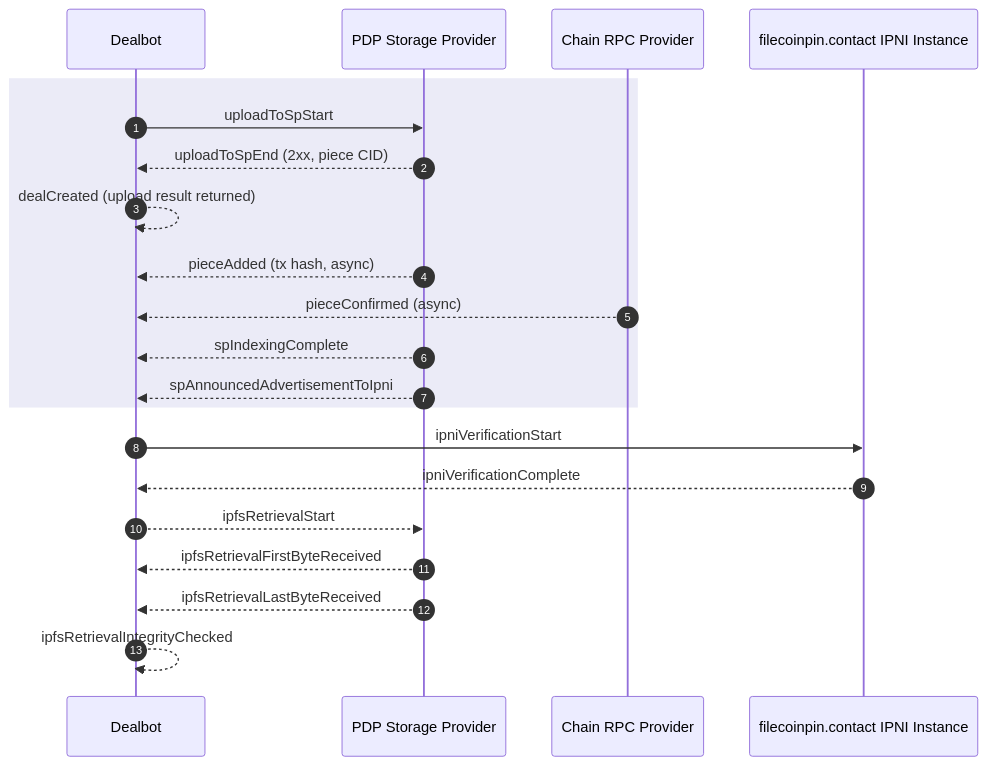
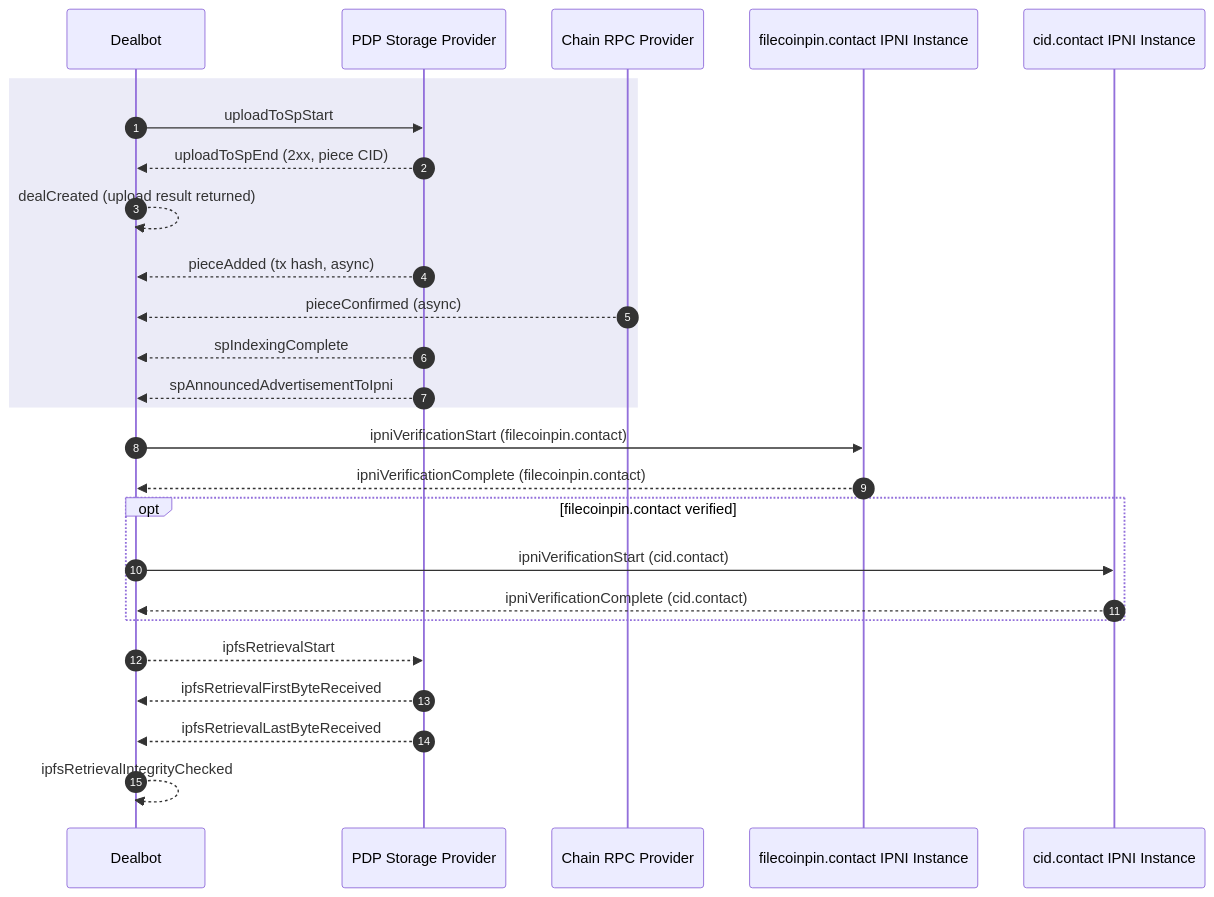
The first of 2 diagrams in docs/checks/events-and-metrics.md (FilOzone/dealbot), drawn with Mermaid before and after one commit. The commit also changed other lines of this file and 1 other file, not shown here.

Commit message:
docs: initial cid.contact ipni check design

````diff
--- a/docs/checks/events-and-metrics.md
+++ b/docs/checks/events-and-metrics.md
@@ -13,26 +13,31 @@
 ```mermaid
 sequenceDiagram
   autonumber
   participant Dealbot
   participant SP as PDP Storage Provider
   participant RPC as Chain RPC Provider
-  participant IPNI as filecoinpin.contact IPNI Instance
+  participant FPNI as filecoinpin.contact IPNI Instance
+  participant CNIC as cid.contact IPNI Instance
 
   rect rgba(120, 120, 200, 0.15)
     %% Data Storage Only
     Dealbot->>SP: uploadToSpStart
     SP-->>Dealbot: uploadToSpEnd (2xx, piece CID)
     Dealbot-->>Dealbot: dealCreated (upload result returned)
     SP-->>Dealbot: pieceAdded (tx hash, async)
     RPC-->>Dealbot: pieceConfirmed (async)
     SP-->>Dealbot: spIndexingComplete
     SP-->>Dealbot: spAnnouncedAdvertisementToIpni
   end
 
-  Dealbot->>IPNI: ipniVerificationStart
-  IPNI-->>Dealbot: ipniVerificationComplete
+  Dealbot->>FPNI: ipniVerificationStart (filecoinpin.contact)
+  FPNI-->>Dealbot: ipniVerificationComplete (filecoinpin.contact)
+  opt filecoinpin.contact verified
+    Dealbot->>CNIC: ipniVerificationStart (cid.contact)
+    CNIC-->>Dealbot: ipniVerificationComplete (cid.contact)
+  end
   Dealbot-->>SP: ipfsRetrievalStart
   SP-->>Dealbot: ipfsRetrievalFirstByteReceived
   SP-->>Dealbot: ipfsRetrievalLastByteReceived
   Dealbot-->>Dealbot: ipfsRetrievalIntegrityChecked
 ```
````
